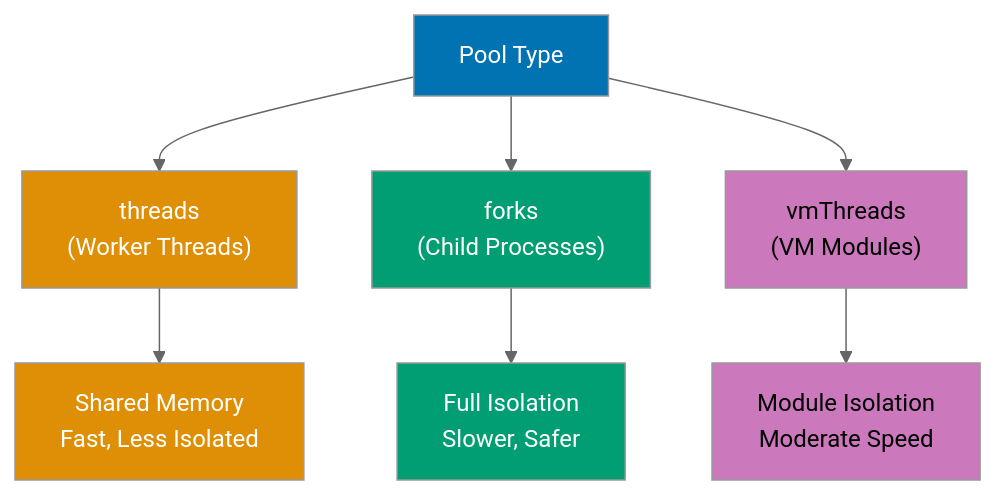
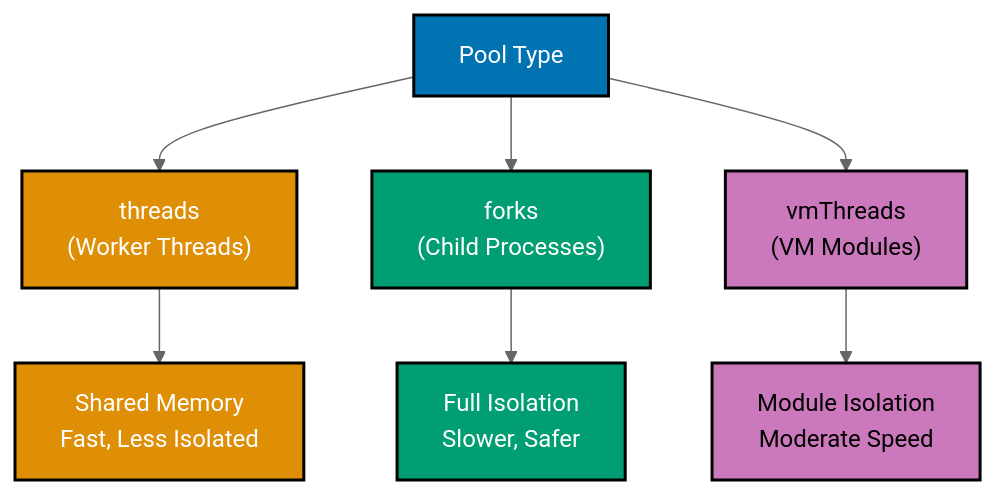
The fourth of 9 diagrams in apps/ayokoding-web/content/en/learn/software-engineering/automation-testing/tools/vitest/by-example/advanced.md (wahidyankf/open-sharia-enterprise), drawn with Mermaid (neutral theme) before and after one commit. The commit also changed other lines of this file and 13 other files, not shown here.

````diff
--- a/apps/ayokoding-web/content/en/learn/software-engineering/automation-testing/tools/vitest/by-example/advanced.md
+++ b/apps/ayokoding-web/content/en/learn/software-engineering/automation-testing/tools/vitest/by-example/advanced.md
@@ -484,18 +484,18 @@
 ```mermaid
 %% Color Palette: Blue #0173B2, Orange #DE8F05, Teal #029E73, Purple #CC78BC, Brown #CA9161
 graph TD
     A["Pool Type"] --> B["threads<br/>#40;Worker Threads#41;"]
     A --> C["forks<br/>#40;Child Processes#41;"]
     A --> D["vmThreads<br/>#40;VM Modules#41;"]
     B --> E["Shared Memory<br/>Fast, Less Isolated"]
     C --> F["Full Isolation<br/>Slower, Safer"]
     D --> G["Module Isolation<br/>Moderate Speed"]
 
-    style A fill:#0173B2,color:#fff
-    style B fill:#DE8F05,color:#fff
-    style C fill:#029E73,color:#fff
-    style D fill:#CC78BC,color:#000
-    style E fill:#DE8F05,color:#fff
-    style F fill:#029E73,color:#fff
-    style G fill:#CC78BC,color:#000
+    style A fill:#0173B2,stroke:#000000,stroke-width:2px,color:#fff
+    style B fill:#DE8F05,stroke:#000000,stroke-width:2px,color:#fff
+    style C fill:#029E73,stroke:#000000,stroke-width:2px,color:#fff
+    style D fill:#CC78BC,stroke:#000000,stroke-width:2px,color:#000
+    style E fill:#DE8F05,stroke:#000000,stroke-width:2px,color:#fff
+    style F fill:#029E73,stroke:#000000,stroke-width:2px,color:#fff
+    style G fill:#CC78BC,stroke:#000000,stroke-width:2px,color:#000
 ```
````
